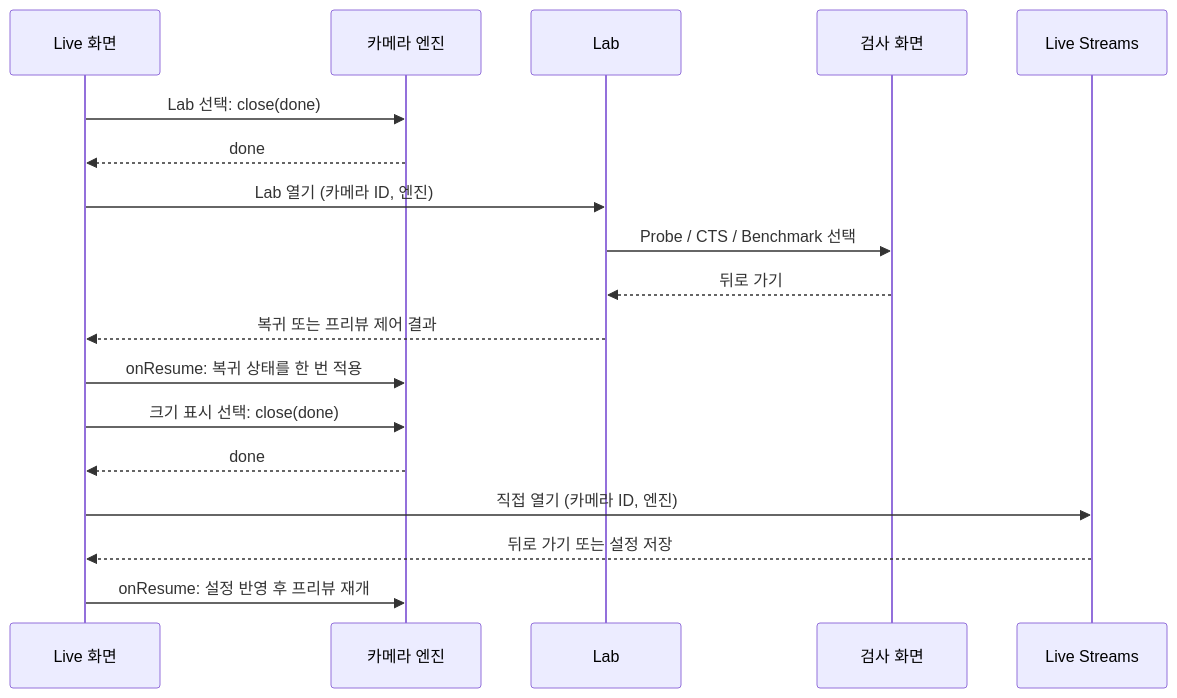
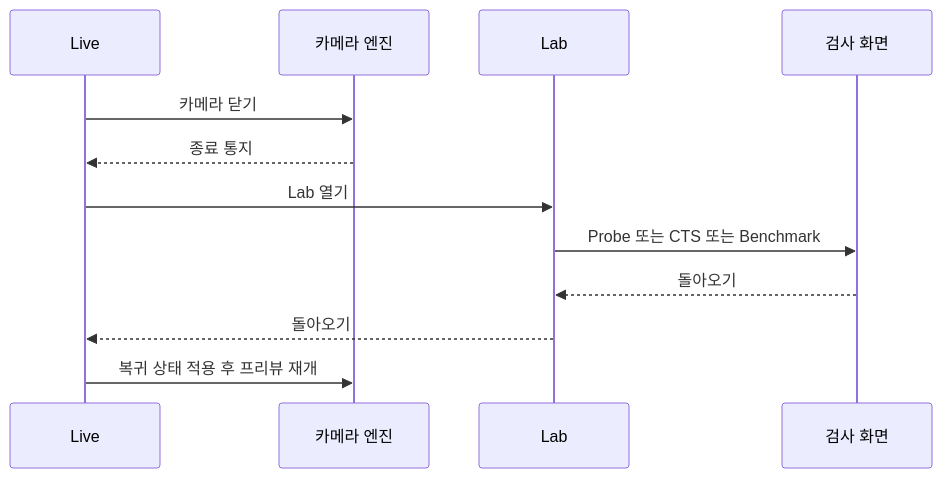
The diagram in docs/design/APP-UI.md (TTolsun/hal-camera), drawn with Mermaid before and after one commit. The commit also changed other lines of this file and 49 other files, not shown here.

Commit message:
Clarify guide flows with diagrams and concise rules

````diff
--- a/docs/design/APP-UI.md
+++ b/docs/design/APP-UI.md
@@ -125,20 +126,14 @@
 ```mermaid
 sequenceDiagram
-    participant L as Live 화면
+    participant L as Live
     participant E as 카메라 엔진
     participant W as Lab
     participant T as 검사 화면
-    L->>E: Lab 선택: close(done)
-    E-->>L: done
-    L->>W: Lab 열기 (카메라 ID, 엔진)
-    W->>T: Probe / CTS / Benchmark 선택
-    T-->>W: 뒤로 가기
-    W-->>L: 복귀 또는 프리뷰 제어 결과
-    L->>E: onResume: 복귀 상태를 한 번 적용
-    participant S as Live Streams
-    L->>E: 크기 표시 선택: close(done)
-    E-->>L: done
-    L->>S: 직접 열기 (카메라 ID, 엔진)
-    S-->>L: 뒤로 가기 또는 설정 저장
-    L->>E: onResume: 설정 반영 후 프리뷰 재개
+    L->>E: 카메라 닫기
+    E-->>L: 종료 통지
+    L->>W: Lab 열기
+    W->>T: Probe 또는 CTS 또는 Benchmark
+    T-->>W: 돌아오기
+    W-->>L: 돌아오기
+    L->>E: 복귀 상태 적용 후 프리뷰 재개
 ```
````
